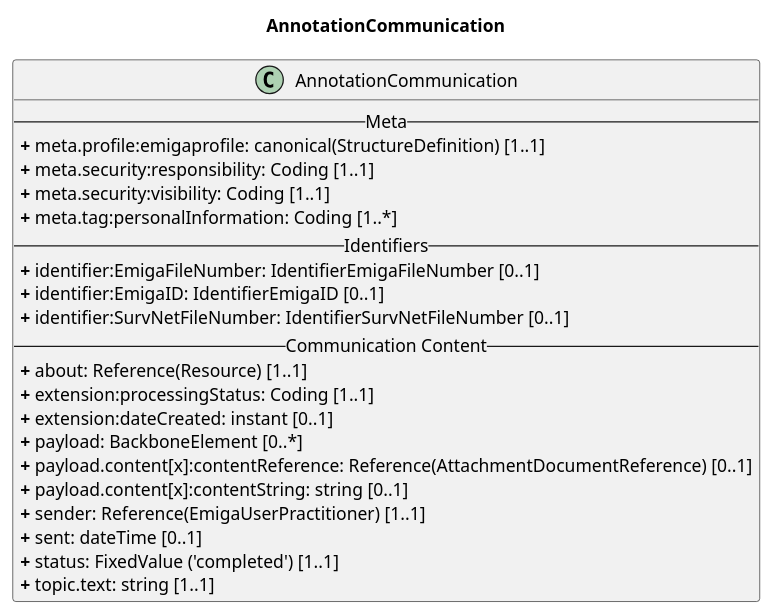
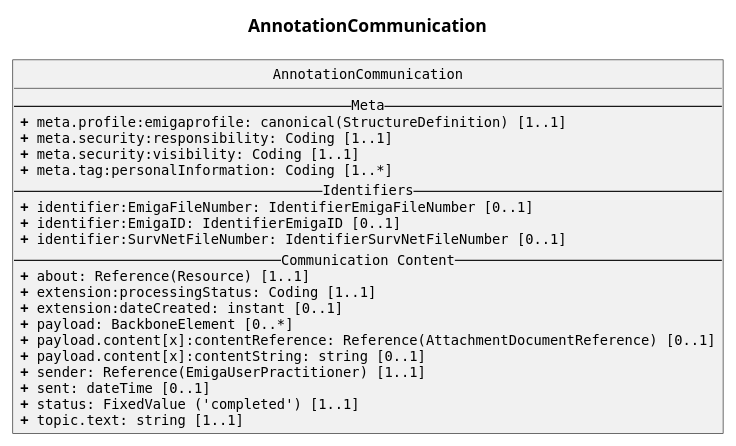
One commit to robert-koch-institut/rki.emiga.common changed the diagram in rki.emiga.common/guides/implementationguides.common/PlantUML/AnnotationCommunication.puml. Above: the diagram before and after it, drawn with PlantUML. The commit also changed 32 other files, not shown here.

```diff
--- a/rki.emiga.common/guides/implementationguides.common/PlantUML/AnnotationCommunication.puml
+++ b/rki.emiga.common/guides/implementationguides.common/PlantUML/AnnotationCommunication.puml
@@ -1,30 +1,39 @@
 @startuml
 skinparam linetype ortho
 
 title AnnotationCommunication 
 
-' Main Class
+skinparam shadowing false
+skinparam roundcorner 0
+skinparam linetype ortho
+skinparam classAttributeIconSize 0
+skinparam defaultFontName Arial
+skinparam defaultFontSize 11
+skinparam classAttributeFontName Monospaced
+
+hide circle
+
 class AnnotationCommunication{
 -- Meta --
 <b>+</b> meta.profile:emigaprofile: canonical(StructureDefinition) [1..1]
 <b>+</b> meta.security:responsibility: Coding [1..1]
 <b>+</b> meta.security:visibility: Coding [1..1]
 <b>+</b> meta.tag:personalInformation: Coding [1..*]
 -- Identifiers --
 <b>+</b> identifier:EmigaFileNumber: IdentifierEmigaFileNumber [0..1]
 <b>+</b> identifier:EmigaID: IdentifierEmigaID [0..1]
 <b>+</b> identifier:SurvNetFileNumber: IdentifierSurvNetFileNumber [0..1]
 -- Communication Content --
 <b>+</b> about: Reference(Resource) [1..1] 
 <b>+</b> extension:processingStatus: Coding [1..1]
 <b>+</b> extension:dateCreated: instant [0..1]
 <b>+</b> payload: BackboneElement [0..*]
 <b>+</b> payload.content[x]:contentReference: Reference(AttachmentDocumentReference) [0..1]
 <b>+</b> payload.content[x]:contentString: string [0..1]
 <b>+</b> sender: Reference(EmigaUserPractitioner) [1..1] 
 <b>+</b> sent: dateTime [0..1]
 <b>+</b> status: FixedValue ('completed') [1..1]
 <b>+</b> topic.text: string [1..1] 
 }
 
 @enduml
```
